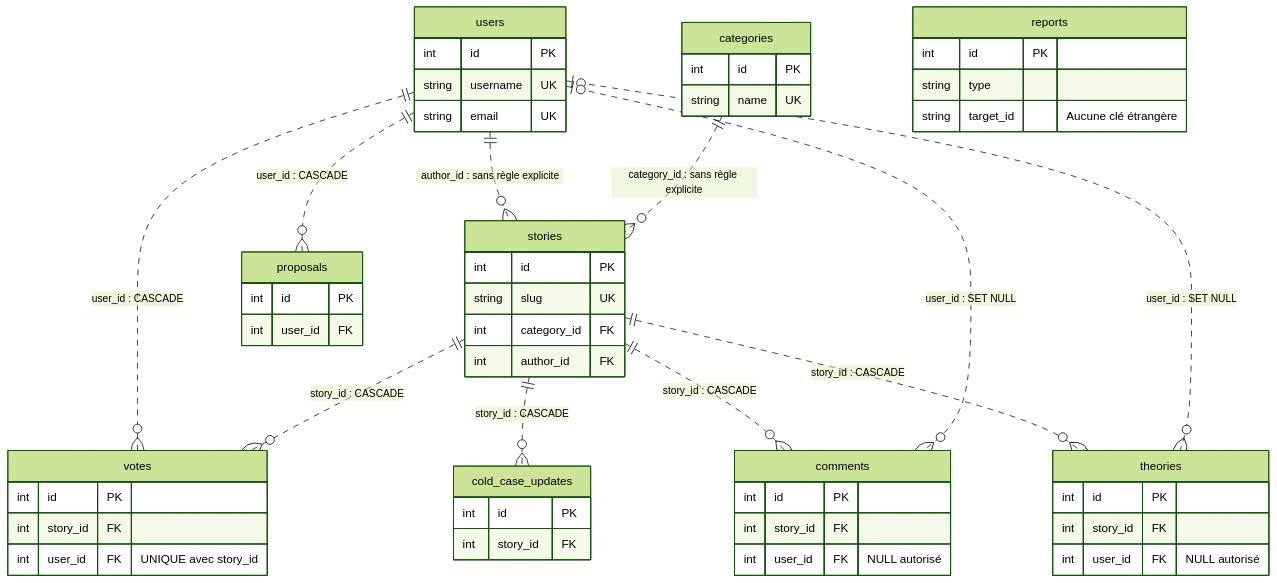
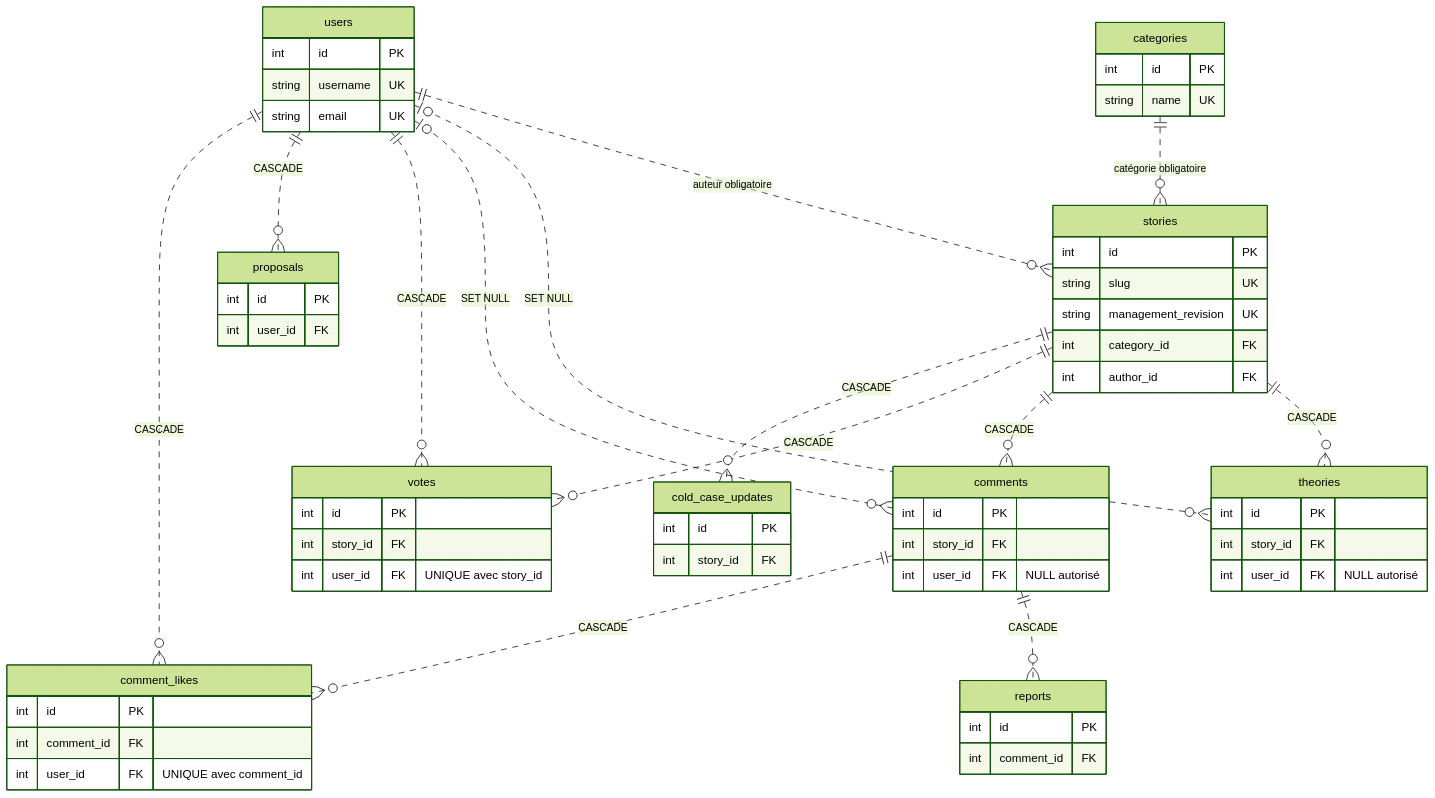
One commit to Leyvsi/portfolio changed the diagram in docs/soutenance/fiche-mahamadou.md. Above: the diagram before and after it, drawn with Mermaid (forest theme). The commit also changed other lines of this file and 114 other files, not shown here.

````diff
--- a/docs/soutenance/fiche-mahamadou.md
+++ b/docs/soutenance/fiche-mahamadou.md
@@ -131,56 +167,64 @@
 ```mermaid
 erDiagram
   users {
     int id PK
     string username UK
     string email UK
   }
   categories {
     int id PK
     string name UK
   }
   stories {
     int id PK
     string slug UK
+    string management_revision UK
     int category_id FK
     int author_id FK
   }
   theories {
     int id PK
     int story_id FK
     int user_id FK "NULL autorisé"
   }
   comments {
     int id PK
     int story_id FK
     int user_id FK "NULL autorisé"
   }
   votes {
     int id PK
     int story_id FK
     int user_id FK "UNIQUE avec story_id"
   }
+  comment_likes {
+    int id PK
+    int comment_id FK
+    int user_id FK "UNIQUE avec comment_id"
+  }
   proposals {
     int id PK
     int user_id FK
   }
   reports {
     int id PK
-    string type
-    string target_id "Aucune clé étrangère"
+    int comment_id FK
   }
   cold_case_updates {
     int id PK
     int story_id FK
   }
-  users ||..o{ stories : "author_id : sans règle explicite"
-  categories ||..o{ stories : "category_id : sans règle explicite"
-  stories ||..o{ theories : "story_id : CASCADE"
-  users |o..o{ theories : "user_id : SET NULL"
-  stories ||..o{ comments : "story_id : CASCADE"
-  users |o..o{ comments : "user_id : SET NULL"
-  users ||..o{ votes : "user_id : CASCADE"
-  stories ||..o{ votes : "story_id : CASCADE"
-  users ||..o{ proposals : "user_id : CASCADE"
-  stories ||..o{ cold_case_updates : "story_id : CASCADE"
+  users ||..o{ stories : "auteur obligatoire"
+  categories ||..o{ stories : "catégorie obligatoire"
+  stories ||..o{ theories : "CASCADE"
+  users |o..o{ theories : "SET NULL"
+  stories ||..o{ comments : "CASCADE"
+  users |o..o{ comments : "SET NULL"
+  users ||..o{ votes : "CASCADE"
+  stories ||..o{ votes : "CASCADE"
+  users ||..o{ proposals : "CASCADE"
+  stories ||..o{ cold_case_updates : "CASCADE"
+  comments ||..o{ reports : "CASCADE"
+  comments ||..o{ comment_likes : "CASCADE"
+  users ||..o{ comment_likes : "CASCADE"
 ```
````
